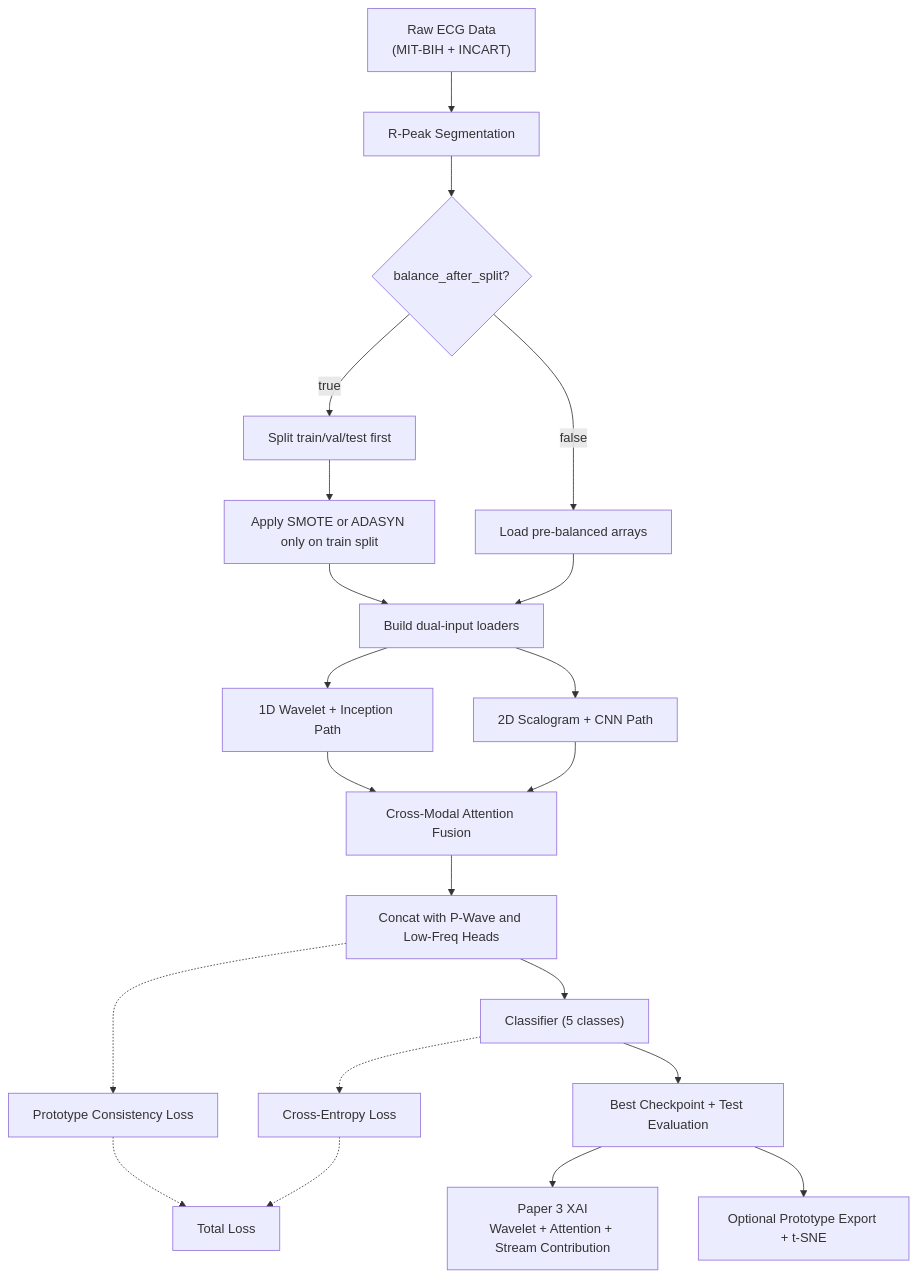
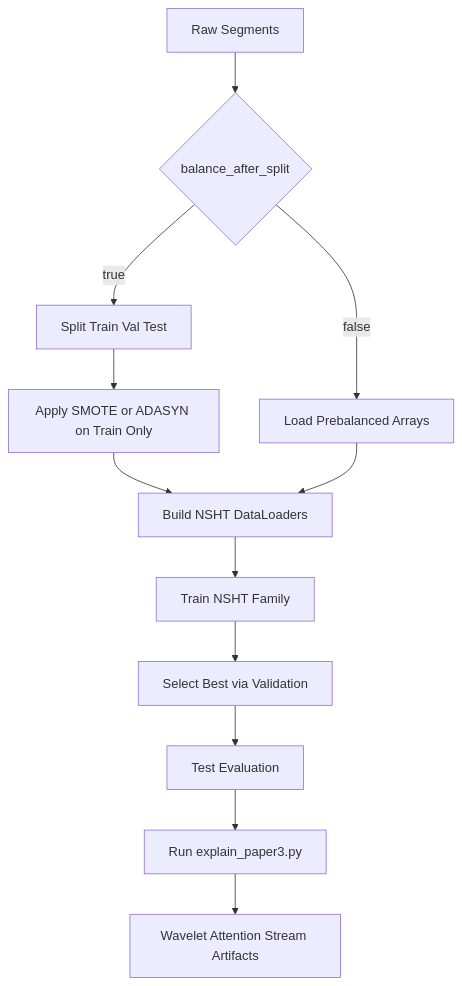
Before and after one commit to HardikNegi9/Guide: the second of 2 diagrams in NSHT_PAPER3_STUDY_GUIDE.md, drawn with Mermaid. The commit also changed other lines of this file and 5 other files, not shown here.

````diff
--- a/NSHT_PAPER3_STUDY_GUIDE.md
+++ b/NSHT_PAPER3_STUDY_GUIDE.md
@@ -454,24 +415,14 @@
 ```mermaid
 flowchart TD
-    A["Raw ECG Data<br/>(MIT-BIH + INCART)"] --> B["R-Peak Segmentation"]
-    B --> C{"balance_after_split?"}
-    C -->|true| D["Split train/val/test first"]
-    C -->|false| E["Load pre-balanced arrays"]
-    D --> F["Apply SMOTE or ADASYN only on train split"]
-    F --> G["Build dual-input loaders"]
-    E --> G
-
-    G --> H["1D Wavelet + Inception Path"]
-    G --> I["2D Scalogram + CNN Path"]
-    H --> J["Cross-Modal Attention Fusion"]
-    I --> J
-    J --> K["Concat with P-Wave and Low-Freq Heads"]
-    K --> L["Classifier (5 classes)"]
-    K -.-> M["Prototype Consistency Loss"]
-    L -.-> N["Cross-Entropy Loss"]
-    M -.-> O["Total Loss"]
-    N -.-> O
-    L --> P["Best Checkpoint + Test Evaluation"]
-    P --> Q["Paper 3 XAI<br/>Wavelet + Attention + Stream Contribution"]
-    P --> R["Optional Prototype Export + t-SNE"]
+  A[Raw Segments] --> B{balance_after_split}
+  B -->|true| C[Split Train Val Test]
+  B -->|false| D[Load Prebalanced Arrays]
+  C --> E[Apply SMOTE or ADASYN on Train Only]
+  E --> F[Build NSHT DataLoaders]
+  D --> F
+  F --> G[Train NSHT Family]
+  G --> H[Select Best via Validation]
+  H --> I[Test Evaluation]
+  I --> J[Run explain_paper3.py]
+  J --> K[Wavelet Attention Stream Artifacts]
 ```
````
